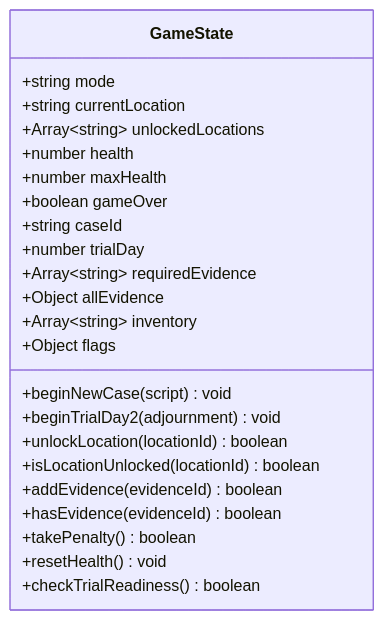
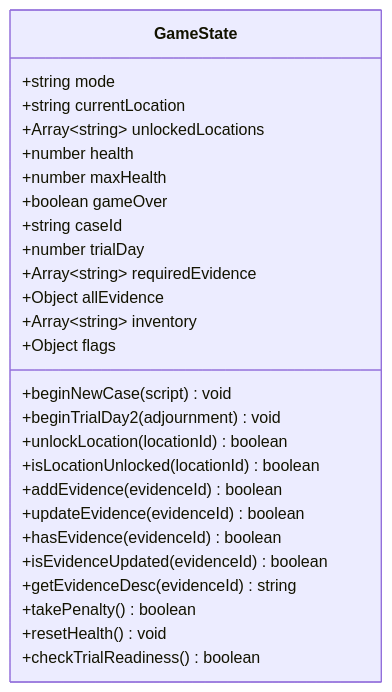
One commit to luisoncpp/aa-chapulin changed the diagram in docs/architecture/game-state.md. Above: the diagram before and after it, drawn with Mermaid. The commit also changed other lines of this file and 26 other files, not shown here.

````diff
--- a/docs/architecture/game-state.md
+++ b/docs/architecture/game-state.md
@@ -9,26 +9,29 @@
 ```mermaid
 classDiagram
     class GameState {
         +string mode
         +string currentLocation
         +Array~string~ unlockedLocations
         +number health
         +number maxHealth
         +boolean gameOver
         +string caseId
         +number trialDay
         +Array~string~ requiredEvidence
         +Object allEvidence
         +Array~string~ inventory
         +Object flags
         +beginNewCase(script) void
         +beginTrialDay2(adjournment) void
         +unlockLocation(locationId) boolean
         +isLocationUnlocked(locationId) boolean
         +addEvidence(evidenceId) boolean
+        +updateEvidence(evidenceId) boolean
         +hasEvidence(evidenceId) boolean
+        +isEvidenceUpdated(evidenceId) boolean
+        +getEvidenceDesc(evidenceId) string
         +takePenalty() boolean
         +resetHealth() void
         +checkTrialReadiness() boolean
     }
 ```
````
